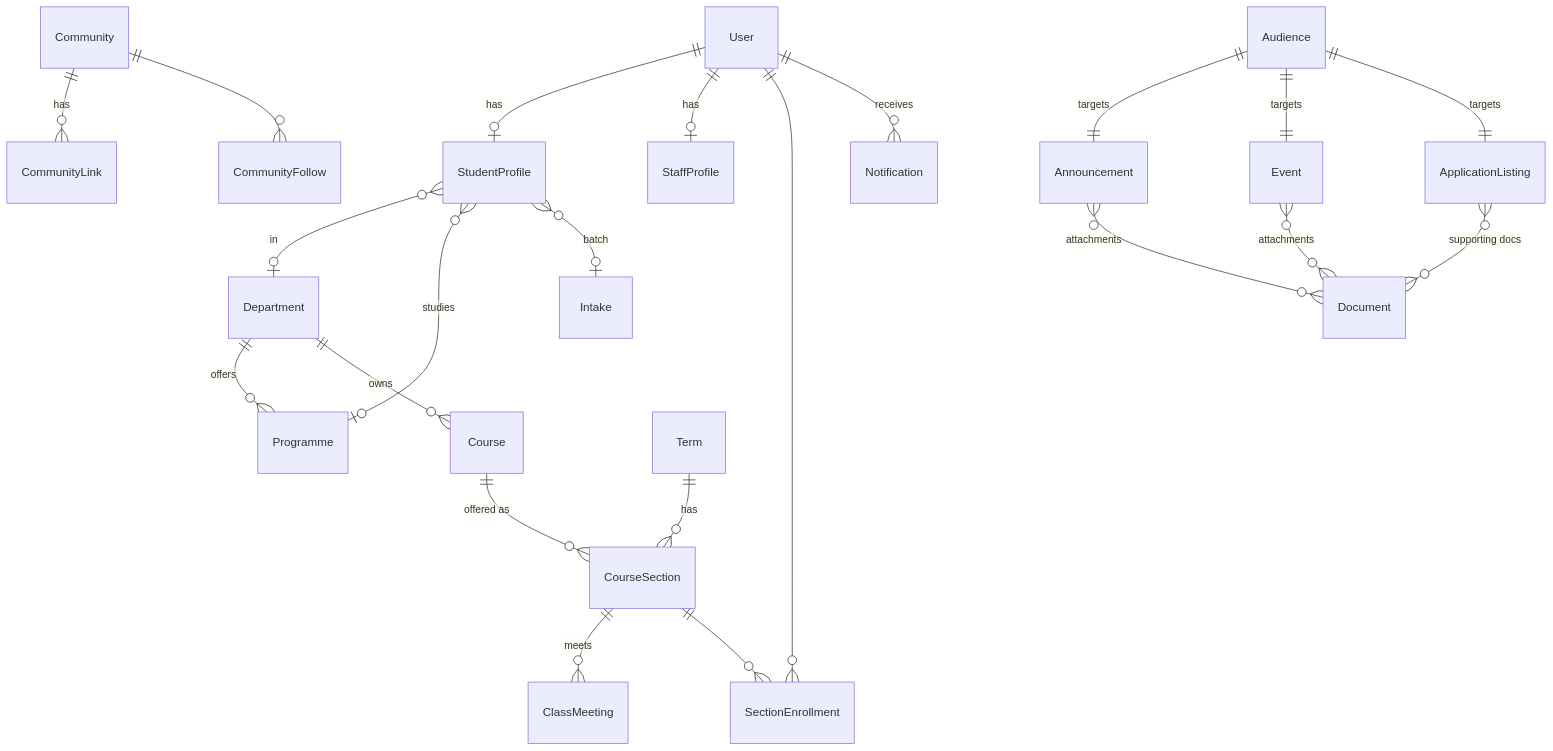
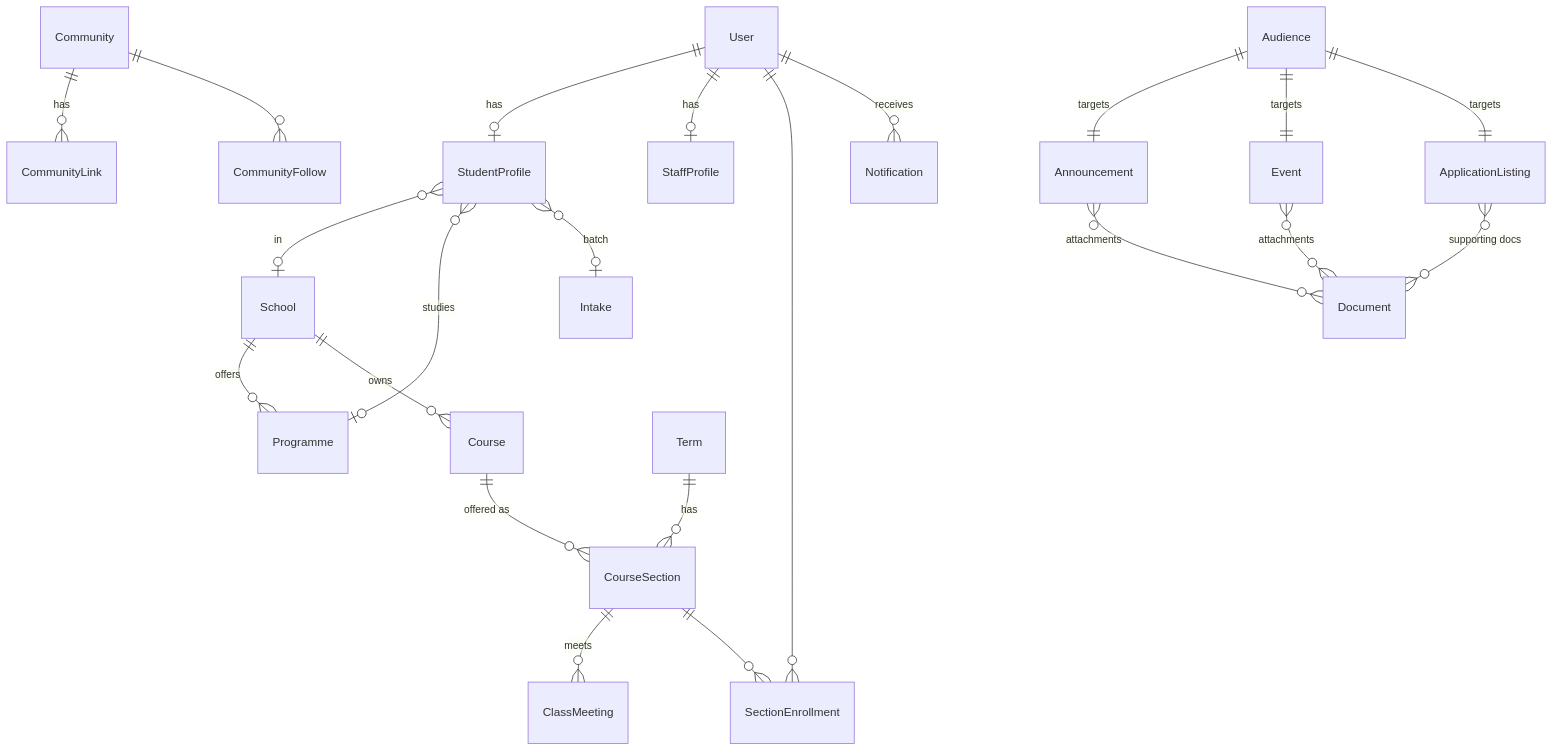
The diagram in docs/03-data-model.md (AbdulazizTajuMohammedyasin/uni-flow), drawn with Mermaid before and after one commit. The commit also changed other lines of this file and 21 other files, not shown here.

Commit message:
feat(academics): add school, programme and intake models

````diff
--- a/docs/03-data-model.md
+++ b/docs/03-data-model.md
@@ -15,24 +15,24 @@
 ```mermaid
 erDiagram
     User ||--o| StudentProfile : has
     User ||--o| StaffProfile : has
-    Department ||--o{ Programme : offers
-    Department ||--o{ Course : owns
-    StudentProfile }o--o| Department : in
+    School ||--o{ Programme : offers
+    School ||--o{ Course : owns
+    StudentProfile }o--o| School : in
     StudentProfile }o--o| Programme : studies
     StudentProfile }o--o| Intake : "batch"
     Term ||--o{ CourseSection : has
     Course ||--o{ CourseSection : "offered as"
     CourseSection ||--o{ ClassMeeting : meets
     CourseSection ||--o{ SectionEnrollment : ""
     User ||--o{ SectionEnrollment : ""
     Community ||--o{ CommunityLink : has
     Community ||--o{ CommunityFollow : ""
     Audience ||--|| Announcement : targets
     Audience ||--|| Event : targets
     Audience ||--|| ApplicationListing : targets
     Announcement }o--o{ Document : attachments
     Event }o--o{ Document : attachments
     ApplicationListing }o--o{ Document : "supporting docs"
     User ||--o{ Notification : receives
 ```
````
